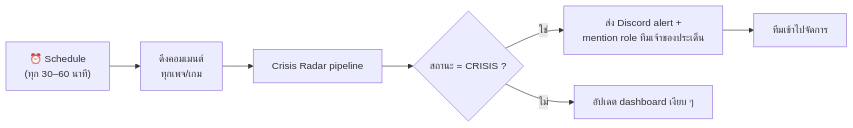
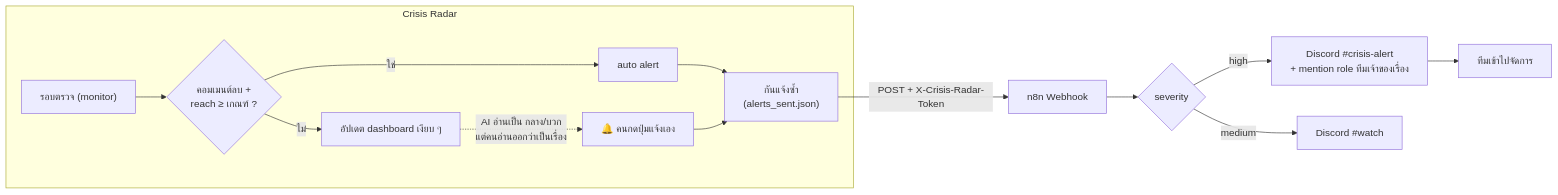
Before and after one commit to Shiberger/crisis-radar: the second of 3 diagrams in docs/3_workflow_diagram.md, drawn with Mermaid. The commit also changed other lines of this file and 21 other files, not shown here.

First line of the commit message:
feat: integrate Discord alerts via n8n for Crisis Radar comments

````diff
--- a/docs/3_workflow_diagram.md
+++ b/docs/3_workflow_diagram.md
@@ -35,9 +38,16 @@
 ```mermaid
 flowchart LR
-    T["⏰ Schedule<br/>(ทุก 30–60 นาที)"] --> S["ดึงคอมเมนต์<br/>ทุกเพจ/เกม"]
-    S --> P["Crisis Radar pipeline"]
-    P --> Q{"สถานะ = CRISIS ?"}
-    Q -->|ใช่| L["ส่ง Discord alert +<br/>mention role ทีมเจ้าของประเด็น"]
-    Q -->|ไม่| M["อัปเดต dashboard เงียบ ๆ"]
-    L --> R["ทีมเข้าไปจัดการ"]
+    subgraph CR["Crisis Radar"]
+      P["รอบตรวจ (monitor)"] --> Q{"คอมเมนต์ลบ +<br/>reach ≥ เกณฑ์ ?"}
+      Q -->|ใช่| A1["auto alert"]
+      Q -->|ไม่| M["อัปเดต dashboard เงียบ ๆ"]
+      M -.->|"AI อ่านเป็น กลาง/บวก<br/>แต่คนอ่านออกว่าเป็นเรื่อง"| A2["🔔 คนกดปุ่มแจ้งเอง"]
+      A1 --> D["กันแจ้งซ้ำ<br/>(alerts_sent.json)"]
+      A2 --> D
+    end
+    D -->|"POST + X-Crisis-Radar-Token"| W["n8n Webhook"]
+    W --> S{"severity"}
+    S -->|high| L1["Discord #crisis-alert<br/>+ mention role ทีมเจ้าของเรื่อง"]
+    S -->|medium| L2["Discord #watch"]
+    L1 --> R["ทีมเข้าไปจัดการ"]
 ```
````
